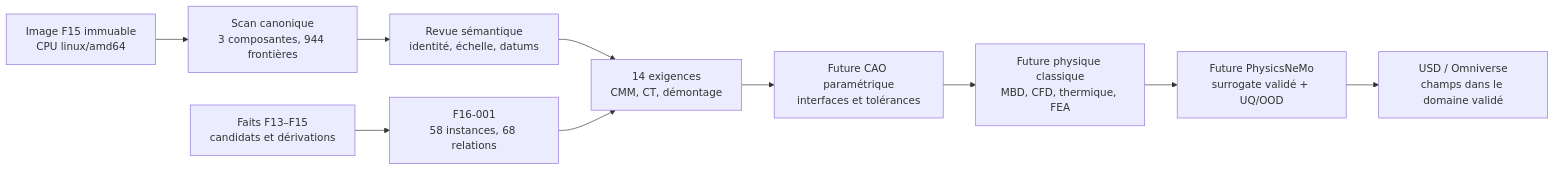
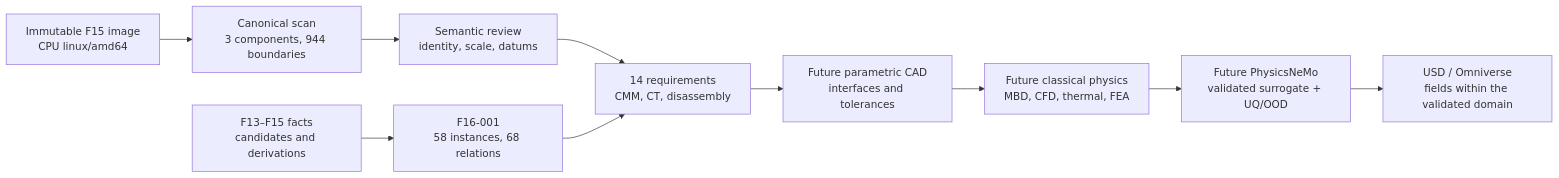
The third of 3 diagrams in twins/reference-917-engine/README.md (cluster2600/porscheparts), drawn with Mermaid before and after one commit. The commit also changed other lines of this file and 228 other files, not shown here.

````diff
--- a/twins/reference-917-engine/README.md
+++ b/twins/reference-917-engine/README.md
@@ -557,12 +580,12 @@
 ```mermaid
 flowchart LR
-    IMG[Image F15 immuable<br/>CPU linux/amd64] --> SCAN[Scan canonique<br/>3 composantes, 944 frontières]
-    SCAN --> REVIEW[Revue sémantique<br/>identité, échelle, datums]
-    FACTS[Faits F13–F15<br/>candidats et dérivations] --> F16[F16-001<br/>58 instances, 68 relations]
-    REVIEW --> METRO[14 exigences<br/>CMM, CT, démontage]
+    IMG[Immutable F15 image<br/>CPU linux/amd64] --> SCAN[Canonical scan<br/>3 components, 944 boundaries]
+    SCAN --> REVIEW[Semantic review<br/>identity, scale, datums]
+    FACTS[F13–F15 facts<br/>candidates and derivations] --> F16[F16-001<br/>58 instances, 68 relations]
+    REVIEW --> METRO[14 requirements<br/>CMM, CT, disassembly]
     F16 --> METRO
-    METRO --> CAD[Future CAO paramétrique<br/>interfaces et tolérances]
-    CAD --> REF[Future physique classique<br/>MBD, CFD, thermique, FEA]
-    REF --> NEMO[Future PhysicsNeMo<br/>surrogate validé + UQ/OOD]
-    NEMO --> OMNI[USD / Omniverse<br/>champs dans le domaine validé]
+    METRO --> CAD[Future parametric CAD<br/>interfaces and tolerances]
+    CAD --> REF[Future classical physics<br/>MBD, CFD, thermal, FEA]
+    REF --> NEMO[Future PhysicsNeMo<br/>validated surrogate + UQ/OOD]
+    NEMO --> OMNI[USD / Omniverse<br/>fields within the validated domain]
 ```
````
